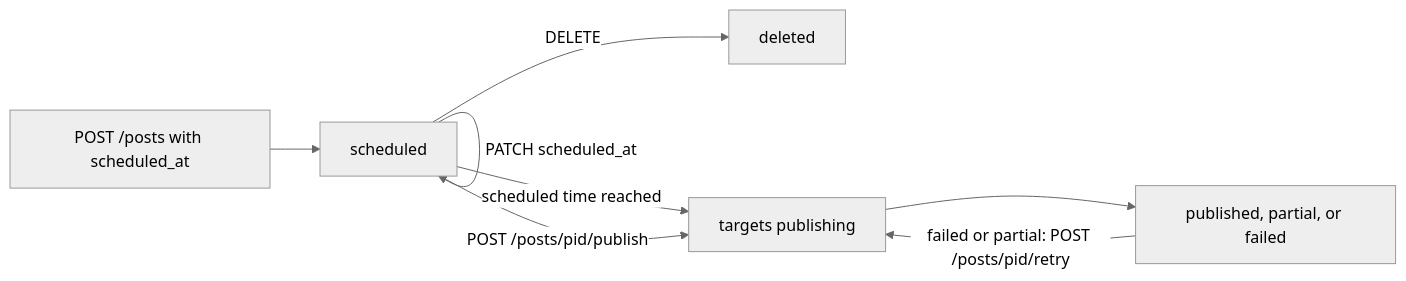
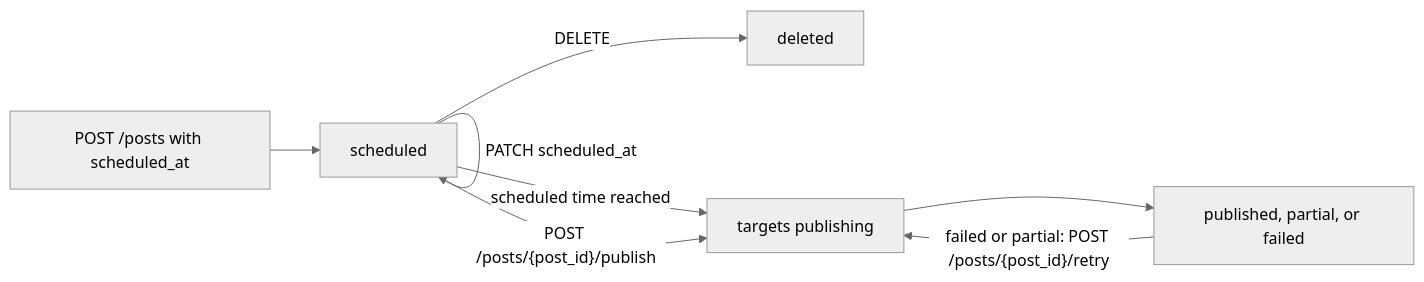
Before and after one commit to SocialAPI-AI/docs: the diagram in guides/scheduling.mdx, drawn with Mermaid (neutral theme). The commit also changed other lines of this file and 68 other files, not shown here.

````diff
--- a/guides/scheduling.mdx
+++ b/guides/scheduling.mdx
@@ -112,10 +112,10 @@
 ```mermaid
 flowchart LR
   A[POST /posts with scheduled_at] --> B[scheduled]
   B -->|PATCH scheduled_at| B
   B -->|DELETE| D[deleted]
   B -->|scheduled time reached| C[targets publishing]
-  B -->|POST /posts/pid/publish| C
+  B -->|"POST /posts/{post_id}/publish"| C
   C --> E[published, partial, or failed]
-  E -->|failed or partial: POST /posts/pid/retry| C
+  E -->|"failed or partial: POST /posts/{post_id}/retry"| C
 ```
````
